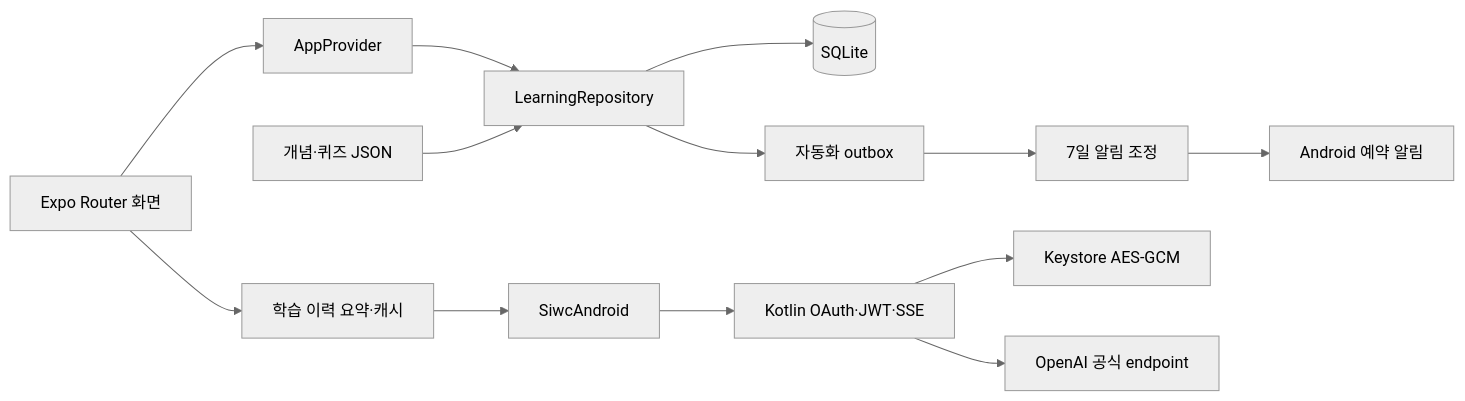
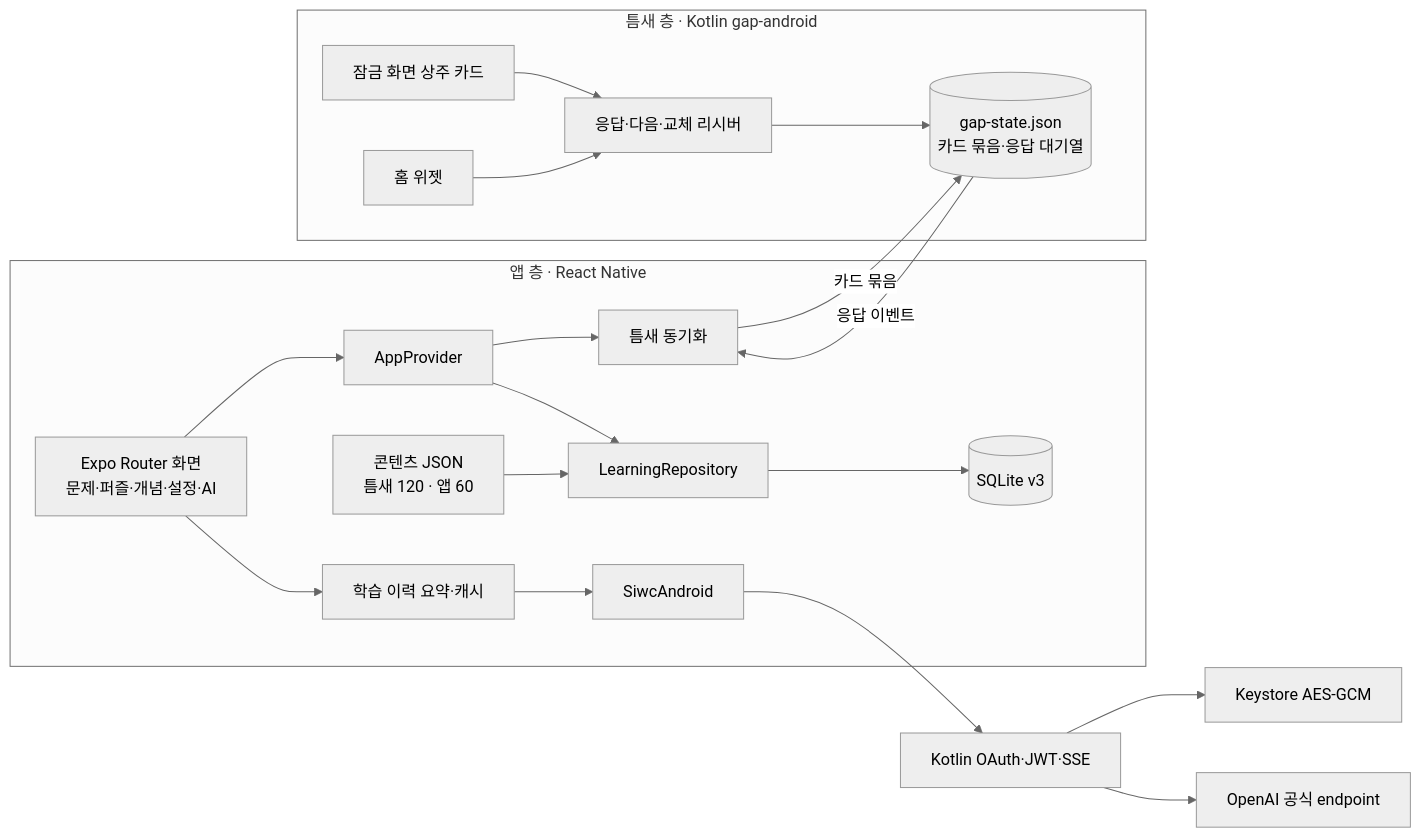
One commit to larklaon/N_Final_Project changed the diagram in docs/ARCHITECTURE.md. Above: the diagram before and after it, drawn with Mermaid (neutral theme). The commit also changed other lines of this file and 7 other files, not shown here.

Commit message:
docs: document V2 architecture, verification and handoff [V2.C5]

````diff
--- a/docs/ARCHITECTURE.md
+++ b/docs/ARCHITECTURE.md
@@ -3,15 +3,25 @@
 ```mermaid
 flowchart LR
- UI[Expo Router 화면] --> Provider[AppProvider]
- Provider --> Repo[LearningRepository]
- Repo --> DB[(SQLite)]
- JSON[개념·퀴즈 JSON] --> Repo
- Repo --> Outbox[자동화 outbox]
- Outbox --> Scheduler[7일 알림 조정]
- Scheduler --> OS[Android 예약 알림]
- UI --> Context[학습 이력 요약·캐시]
- Context --> Bridge[SiwcAndroid]
- Bridge --> Native[Kotlin OAuth·JWT·SSE]
- Native --> Vault[Keystore AES-GCM]
+ subgraph App[앱 층 · React Native]
+  UI[Expo Router 화면<br/>문제·퍼즐·개념·설정·AI] --> Provider[AppProvider]
+  Provider --> Repo[LearningRepository]
+  Repo --> DB[(SQLite v3)]
+  JSON[콘텐츠 JSON<br/>틈새 120 · 앱 60] --> Repo
+  Provider --> Sync[틈새 동기화]
+  UI --> Context[학습 이력 요약·캐시]
+  Context --> Siwc[SiwcAndroid]
+ end
+ subgraph Gap[틈새 층 · Kotlin gap-android]
+  State[(gap-state.json<br/>카드 묶음·응답 대기열)]
+  Card[잠금 화면 상주 카드]
+  Widget[홈 위젯]
+  Receiver[응답·다음·교체 리시버]
+ end
+ Sync -- 카드 묶음 --> State
+ State -- 응답 이벤트 --> Sync
+ Card --> Receiver
+ Widget --> Receiver
+ Receiver --> State
+ Siwc --> Native[Kotlin OAuth·JWT·SSE] --> Vault[Keystore AES-GCM]
  Native --> API[OpenAI 공식 endpoint]
 ```
````
